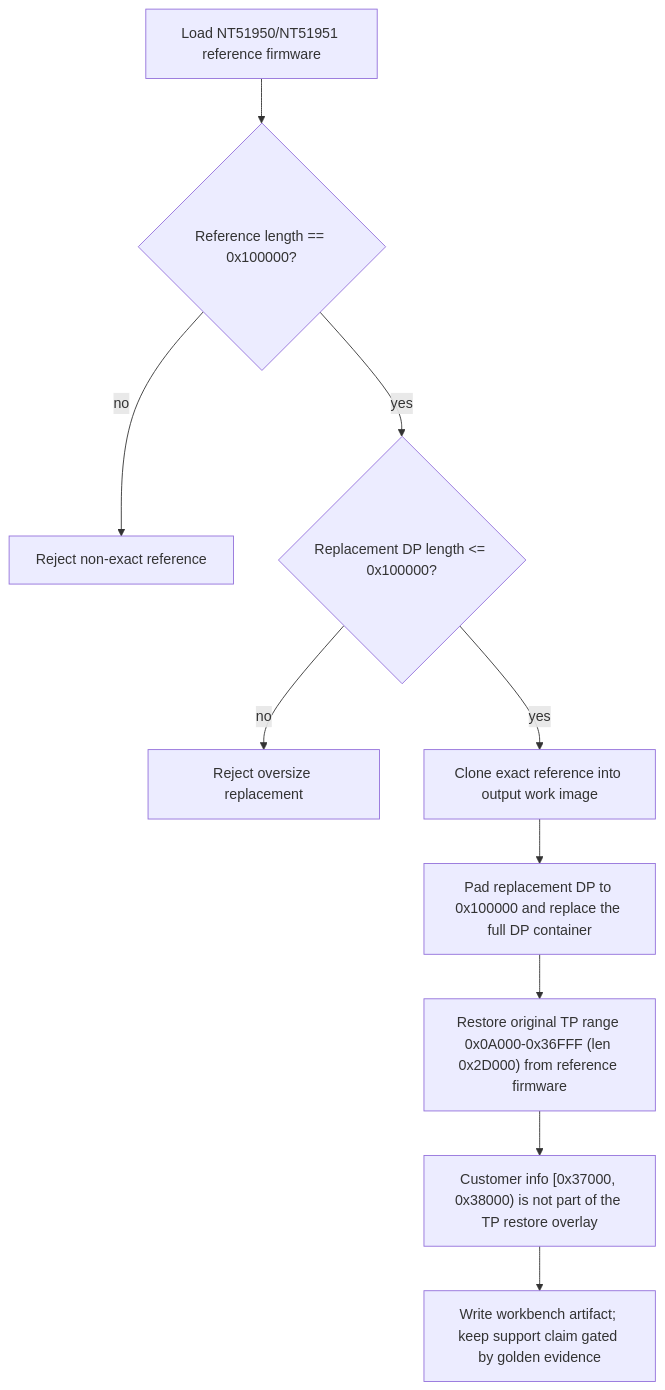
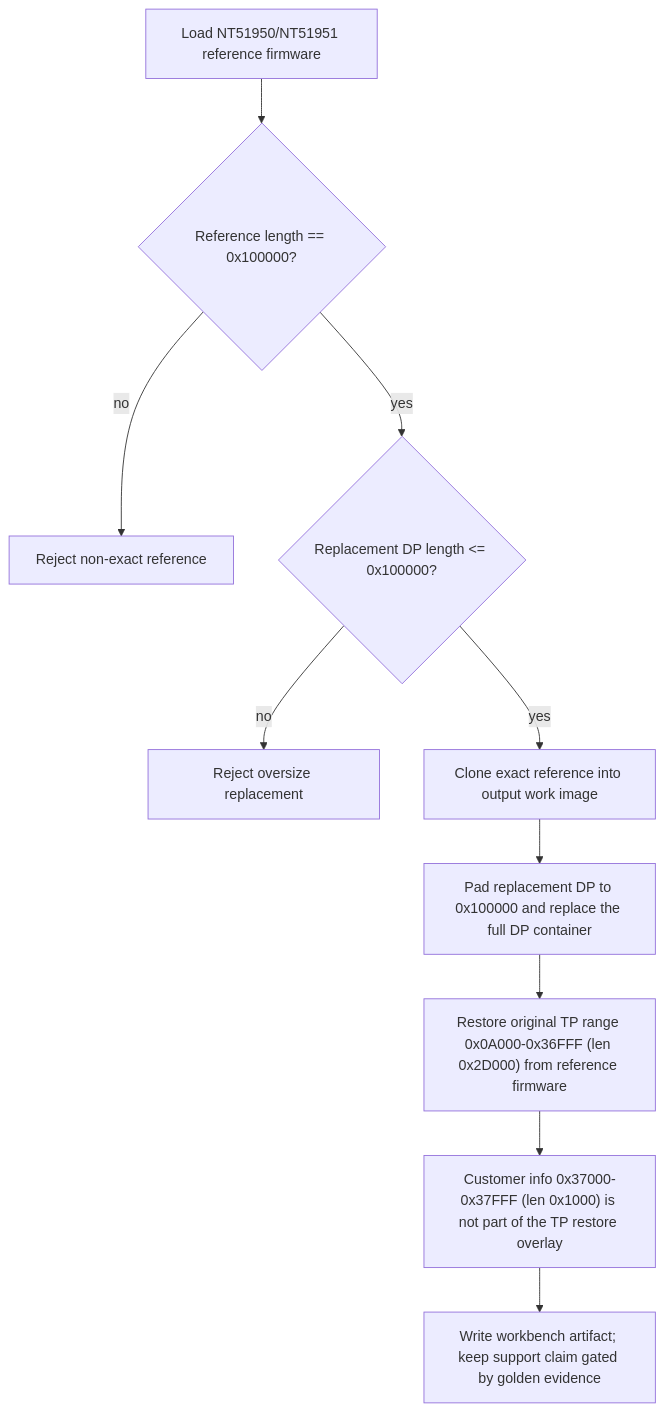
The sixth of 12 diagrams in docs/architecture/ic-workflow-flowcharts.md (Dennis40816/nvt_fw_combiner), drawn with Mermaid before and after one commit. The commit also changed other lines of this file and 22 other files, not shown here.

````diff
--- a/docs/architecture/ic-workflow-flowcharts.md
+++ b/docs/architecture/ic-workflow-flowcharts.md
@@ -140,12 +142,12 @@
 ```mermaid
 flowchart TD
     A["Load NT51950/NT51951 reference firmware"] --> B{"Reference length == 0x100000?"}
     B -- "no" --> C["Reject non-exact reference"]
     B -- "yes" --> D{"Replacement DP length <= 0x100000?"}
     D -- "no" --> E["Reject oversize replacement"]
     D -- "yes" --> F["Clone exact reference into output work image"]
     F --> G["Pad replacement DP to 0x100000 and replace the full DP container"]
     G --> H["Restore original TP range 0x0A000-0x36FFF (len 0x2D000) from reference firmware"]
-    H --> I["Customer info [0x37000, 0x38000) is not part of the TP restore overlay"]
+    H --> I["Customer info 0x37000-0x37FFF (len 0x1000) is not part of the TP restore overlay"]
     I --> J["Write workbench artifact; keep support claim gated by golden evidence"]
 ```
````
